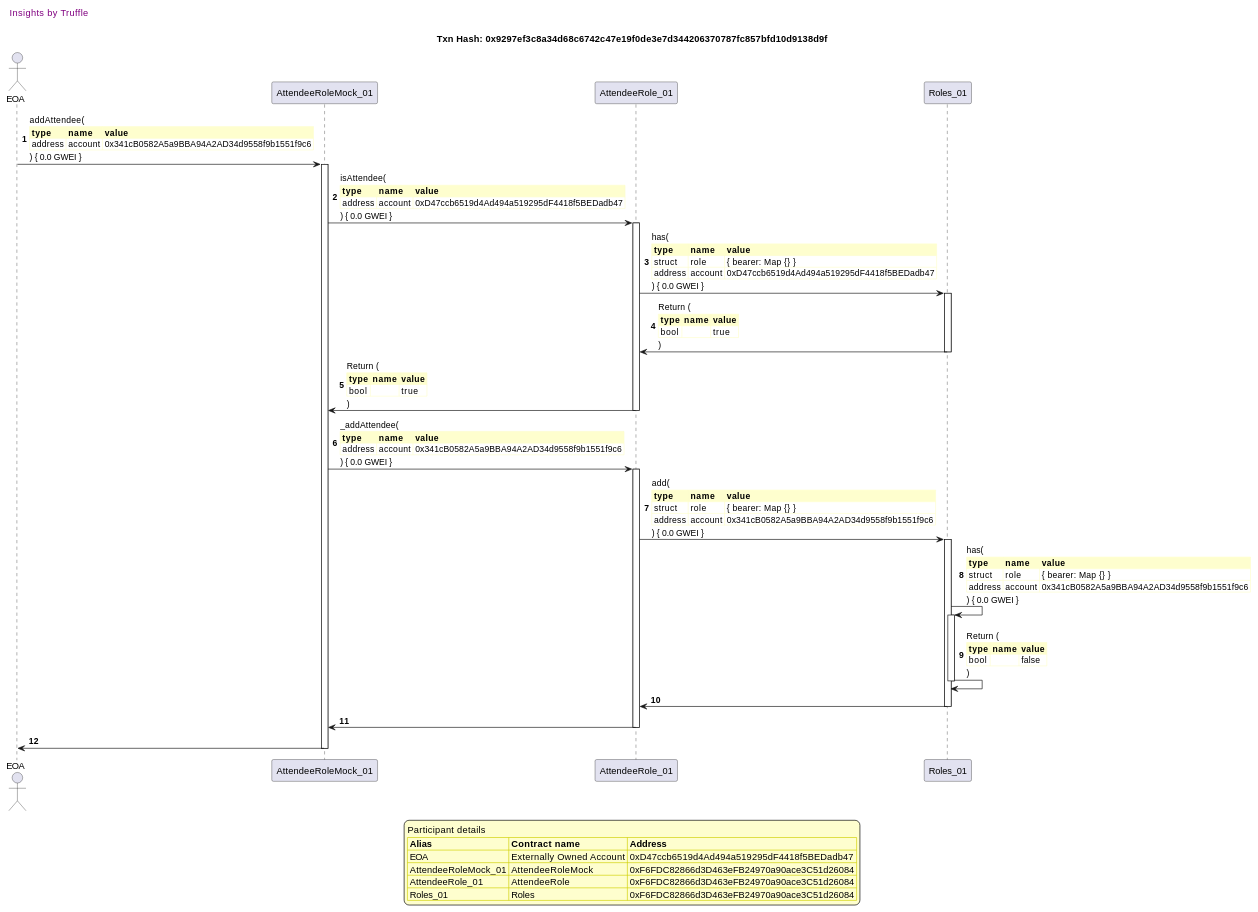
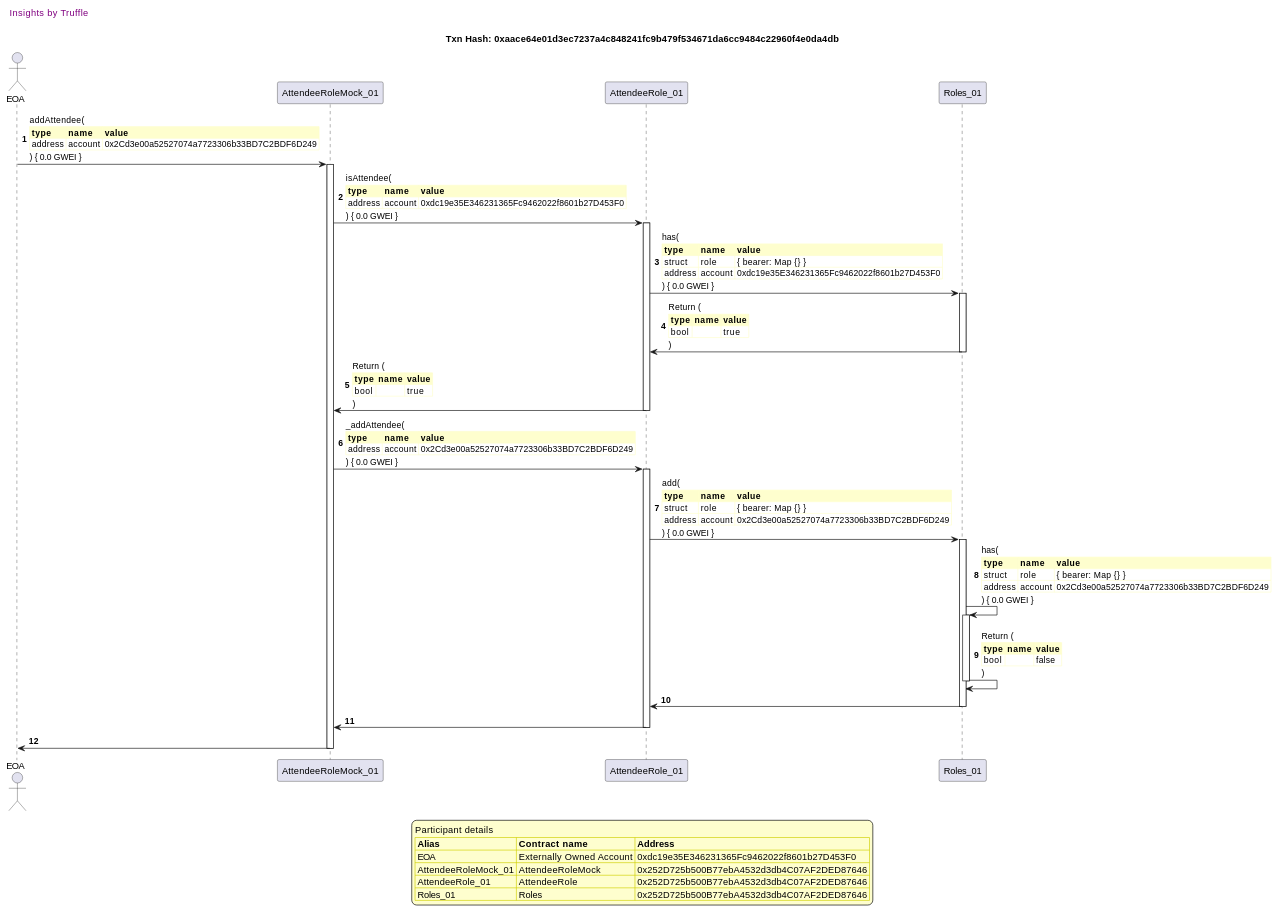
One commit to fodisi/hackapay changed the eighth of 41 diagrams in truffle-seq/roles_attendeerole.md. Above: the diagram before and after it, drawn with PlantUML. The commit also changed other lines of this file and 10 other files, not shown here.

````diff
--- a/truffle-seq/roles_attendeerole.md
+++ b/truffle-seq/roles_attendeerole.md
@@ -557,81 +557,81 @@
 ```plantuml
 
 
 @startuml
 
 autonumber
 skinparam legendBackgroundColor #FEFECE
 
 <style>
       header {
         HorizontalAlignment left
         FontColor purple
         FontSize 14
         Padding 10
       }
     </style>
 
 header Insights by Truffle
 
-title Txn Hash: 0x9297ef3c8a34d68c6742c47e19f0de3e7d344206370787fc857bfd10d9138d9f
+title Txn Hash: 0xaace64e01d3ec7237a4c848241fc9b479f534671da6cc9484c22960f4e0da4db
 
 
 actor EOA as "EOA"
 participant AttendeeRoleMock_01 as "AttendeeRoleMock_01"
 participant AttendeeRole_01 as "AttendeeRole_01"
 participant Roles_01 as "Roles_01"
 
 "EOA" -> "AttendeeRoleMock_01" ++: addAttendee(\n\
 <#FEFECE,#FEFECE>|= type |= name |= value |\n\
-| address | account | 0x341cB0582A5a9BBA94A2AD34d9558f9b1551f9c6 |\n\
+| address | account | 0x2Cd3e00a52527074a7723306b33BD7C2BDF6D249 |\n\
 ) { 0.0 GWEI }
 "AttendeeRoleMock_01" -> "AttendeeRole_01" ++: isAttendee(\n\
 <#FEFECE,#FEFECE>|= type |= name |= value |\n\
-| address | account | 0xD47ccb6519d4Ad494a519295dF4418f5BEDadb47 |\n\
+| address | account | 0xdc19e35E346231365Fc9462022f8601b27D453F0 |\n\
 ) { 0.0 GWEI }
 "AttendeeRole_01" -> "Roles_01" ++: has(\n\
 <#FEFECE,#FEFECE>|= type |= name |= value |\n\
 | struct | role | { bearer: Map {} } |\n\
-| address | account | 0xD47ccb6519d4Ad494a519295dF4418f5BEDadb47 |\n\
+| address | account | 0xdc19e35E346231365Fc9462022f8601b27D453F0 |\n\
 ) { 0.0 GWEI }
 "Roles_01" -> "AttendeeRole_01" --: Return (\n\
 <#FEFECE,#FEFECE>|= type |= name |= value |\n\
 | bool |  | true |\n\
 )
 "AttendeeRole_01" -> "AttendeeRoleMock_01" --: Return (\n\
 <#FEFECE,#FEFECE>|= type |= name |= value |\n\
 | bool |  | true |\n\
 )
 "AttendeeRoleMock_01" -> "AttendeeRole_01" ++: _addAttendee(\n\
 <#FEFECE,#FEFECE>|= type |= name |= value |\n\
-| address | account | 0x341cB0582A5a9BBA94A2AD34d9558f9b1551f9c6 |\n\
+| address | account | 0x2Cd3e00a52527074a7723306b33BD7C2BDF6D249 |\n\
 ) { 0.0 GWEI }
 "AttendeeRole_01" -> "Roles_01" ++: add(\n\
 <#FEFECE,#FEFECE>|= type |= name |= value |\n\
 | struct | role | { bearer: Map {} } |\n\
-| address | account | 0x341cB0582A5a9BBA94A2AD34d9558f9b1551f9c6 |\n\
+| address | account | 0x2Cd3e00a52527074a7723306b33BD7C2BDF6D249 |\n\
 ) { 0.0 GWEI }
 "Roles_01" -> "Roles_01" ++: has(\n\
 <#FEFECE,#FEFECE>|= type |= name |= value |\n\
 | struct | role | { bearer: Map {} } |\n\
-| address | account | 0x341cB0582A5a9BBA94A2AD34d9558f9b1551f9c6 |\n\
+| address | account | 0x2Cd3e00a52527074a7723306b33BD7C2BDF6D249 |\n\
 ) { 0.0 GWEI }
 "Roles_01" -> "Roles_01" --: Return (\n\
 <#FEFECE,#FEFECE>|= type |= name |= value |\n\
 | bool |  | false |\n\
 )
 "Roles_01" -> "AttendeeRole_01" --: 
 "AttendeeRole_01" -> "AttendeeRoleMock_01" --: 
 "AttendeeRoleMock_01" -> "EOA" --: 
 
 legend
 Participant details
 <#FEFECE,#D0D000>|= Alias |= Contract name |= Address |
-<#FEFECE>| EOA | Externally Owned Account | 0xD47ccb6519d4Ad494a519295dF4418f5BEDadb47 |
-<#FEFECE>| AttendeeRoleMock_01 | AttendeeRoleMock | 0xF6FDC82866d3D463eFB24970a90ace3C51d26084 |
-<#FEFECE>| AttendeeRole_01 | AttendeeRole | 0xF6FDC82866d3D463eFB24970a90ace3C51d26084 |
-<#FEFECE>| Roles_01 | Roles | 0xF6FDC82866d3D463eFB24970a90ace3C51d26084 |
+<#FEFECE>| EOA | Externally Owned Account | 0xdc19e35E346231365Fc9462022f8601b27D453F0 |
+<#FEFECE>| AttendeeRoleMock_01 | AttendeeRoleMock | 0x252D725b500B77ebA4532d3db4C07AF2DED87646 |
+<#FEFECE>| AttendeeRole_01 | AttendeeRole | 0x252D725b500B77ebA4532d3db4C07AF2DED87646 |
+<#FEFECE>| Roles_01 | Roles | 0x252D725b500B77ebA4532d3db4C07AF2DED87646 |
 endlegend
 
 @enduml
 ```
````
